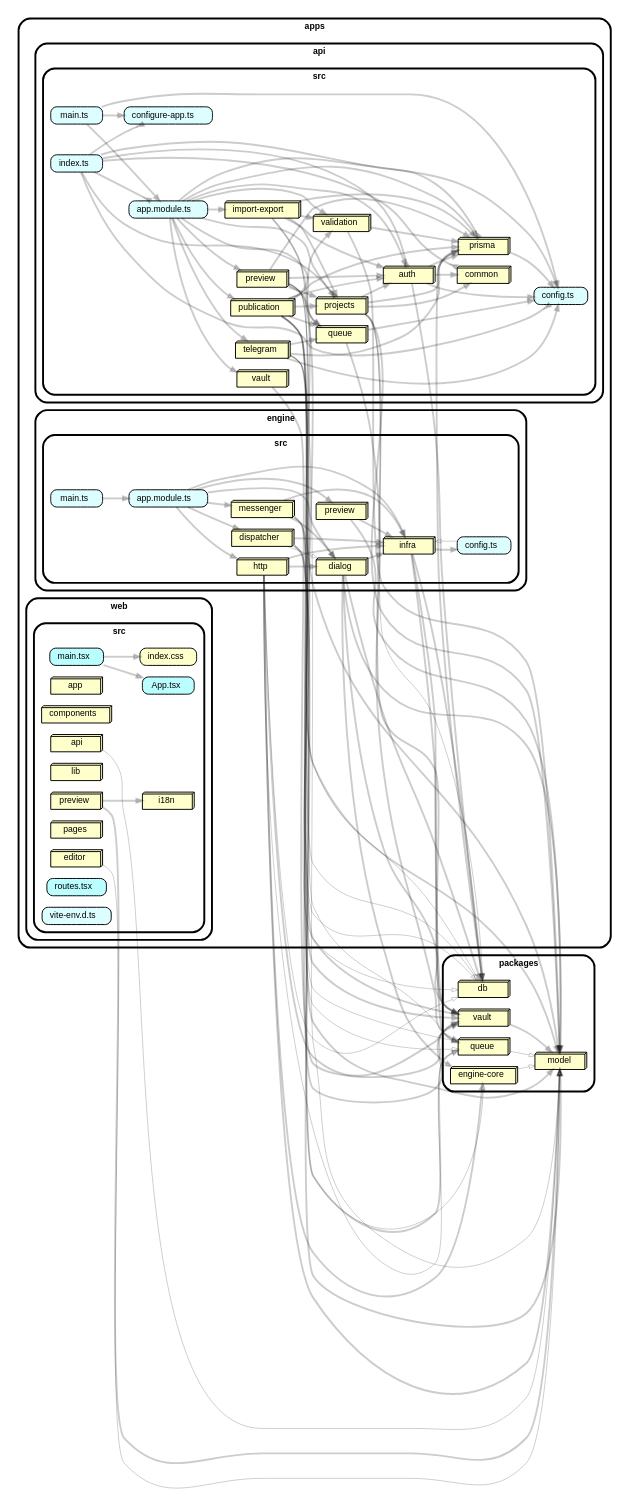
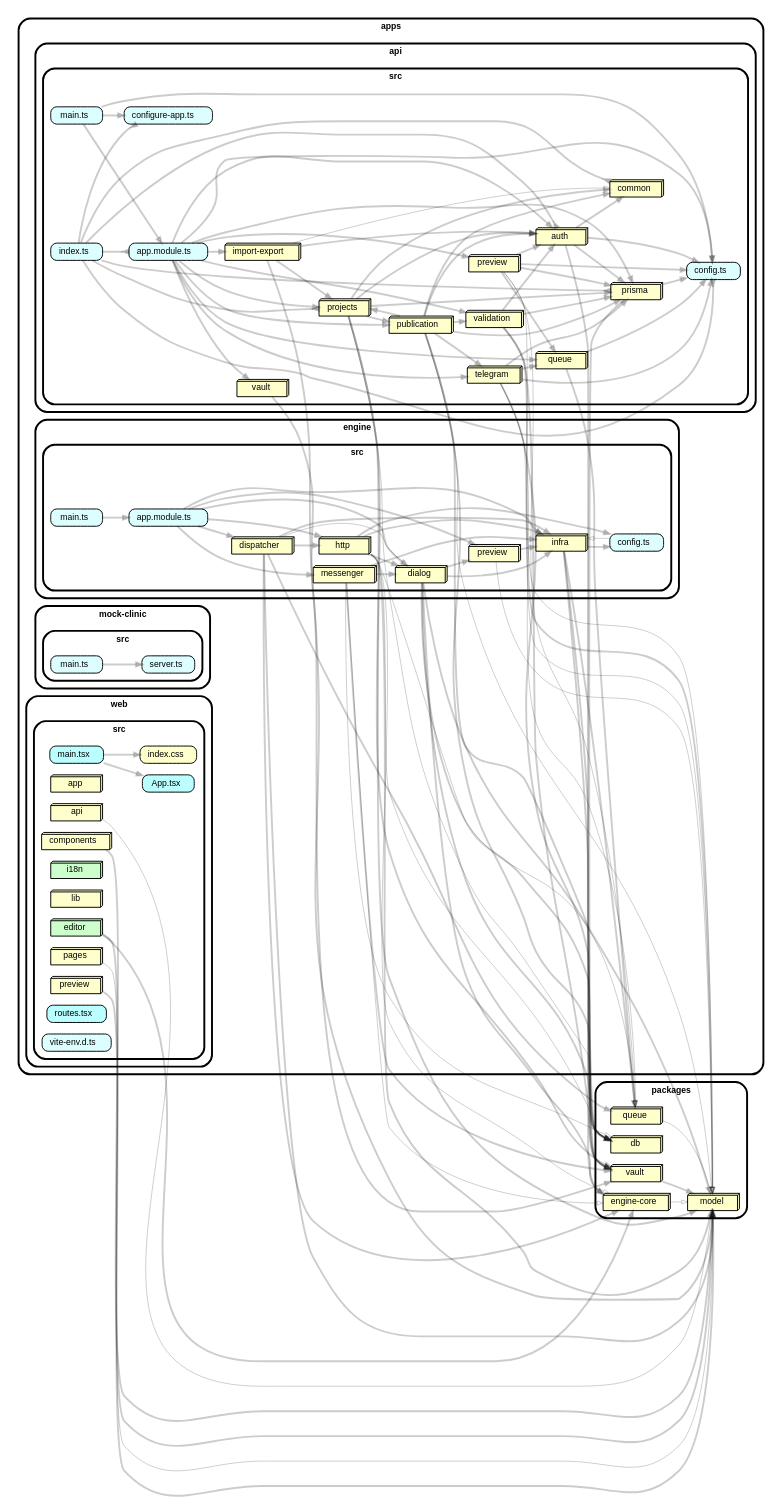
One commit to Denmurzik/chatbot-builder changed the diagram in docs/architecture/modules.dot. Above: the diagram before and after it, drawn with Graphviz. The commit also changed 3 other files, not shown here.

```diff
--- a/docs/architecture/modules.dot
+++ b/docs/architecture/modules.dot
@@ -26,9 +26,7 @@
     subgraph "cluster_apps" {label="apps" subgraph "cluster_apps/api" {label="api" subgraph "cluster_apps/api/src" {label="src" "apps/api/src/import-export" [label=<import-export> tooltip="import-export" URL="apps/api/src/import-export" shape="box3d"] } } }
     "apps/api/src/import-export" -> "apps/api/src/auth"
     "apps/api/src/import-export" -> "apps/api/src/projects"
-    "apps/api/src/import-export" -> "apps/api/src/validation"
-    "apps/api/src/import-export" -> "apps/api/src/prisma"
-    "apps/api/src/import-export" -> "packages/db" [arrowhead="onormal" penwidth="1.0"]
+    "apps/api/src/import-export" -> "apps/api/src/common" [arrowhead="onormal" penwidth="1.0"]
     "apps/api/src/import-export" -> "packages/model"
     subgraph "cluster_apps" {label="apps" subgraph "cluster_apps/api" {label="api" subgraph "cluster_apps/api/src" {label="src" "apps/api/src/index.ts" [label=<index.ts> tooltip="index.ts" URL="apps/api/src/index.ts" fillcolor="#ddfeff"] } } }
     "apps/api/src/index.ts" -> "apps/api/src/app.module.ts" [arrowhead="inv"]
@@ -44,32 +42,32 @@
     "apps/api/src/main.ts" -> "apps/api/src/configure-app.ts"
     subgraph "cluster_apps" {label="apps" subgraph "cluster_apps/api" {label="api" subgraph "cluster_apps/api/src" {label="src" "apps/api/src/preview" [label=<preview> tooltip="preview" URL="apps/api/src/preview" shape="box3d"] } } }
     "apps/api/src/preview" -> "apps/api/src/auth"
-    "apps/api/src/preview" -> "apps/api/src/projects"
+    "apps/api/src/preview" -> "packages/model" [arrowhead="onormal" penwidth="1.0"]
+    "apps/api/src/preview" -> "apps/api/src/config.ts"
     "apps/api/src/preview" -> "apps/api/src/prisma"
     "apps/api/src/preview" -> "apps/api/src/queue"
-    "apps/api/src/preview" -> "packages/db" [arrowhead="onormal" penwidth="1.0"]
-    "apps/api/src/preview" -> "packages/model"
     "apps/api/src/preview" -> "packages/queue" [arrowhead="onormal" penwidth="1.0"]
     subgraph "cluster_apps" {label="apps" subgraph "cluster_apps/api" {label="api" subgraph "cluster_apps/api/src" {label="src" "apps/api/src/prisma" [label=<prisma> tooltip="prisma" URL="apps/api/src/prisma" shape="box3d"] } } }
     "apps/api/src/prisma" -> "apps/api/src/config.ts"
     "apps/api/src/prisma" -> "packages/db"
     subgraph "cluster_apps" {label="apps" subgraph "cluster_apps/api" {label="api" subgraph "cluster_apps/api/src" {label="src" "apps/api/src/projects" [label=<projects> tooltip="projects" URL="apps/api/src/projects" shape="box3d"] } } }
     "apps/api/src/projects" -> "apps/api/src/auth"
+    "apps/api/src/projects" -> "apps/api/src/publication"
     "apps/api/src/projects" -> "apps/api/src/common"
     "apps/api/src/projects" -> "packages/model"
     "apps/api/src/projects" -> "apps/api/src/prisma"
     "apps/api/src/projects" -> "packages/db" [arrowhead="onormal" penwidth="1.0"]
     "apps/api/src/projects" -> "packages/vault"
     subgraph "cluster_apps" {label="apps" subgraph "cluster_apps/api" {label="api" subgraph "cluster_apps/api/src" {label="src" "apps/api/src/publication" [label=<publication> tooltip="publication" URL="apps/api/src/publication" shape="box3d"] } } }
+    "apps/api/src/publication" -> "packages/model" [arrowhead="onormal" penwidth="1.0"]
+    "apps/api/src/publication" -> "packages/vault"
     "apps/api/src/publication" -> "apps/api/src/auth"
     "apps/api/src/publication" -> "apps/api/src/projects"
+    "apps/api/src/publication" -> "apps/api/src/telegram"
     "apps/api/src/publication" -> "apps/api/src/validation"
     "apps/api/src/publication" -> "apps/api/src/prisma"
-    "apps/api/src/publication" -> "apps/api/src/queue"
-    "apps/api/src/publication" -> "packages/db" [arrowhead="onormal" penwidth="1.0"]
-    "apps/api/src/publication" -> "packages/model"
-    "apps/api/src/publication" -> "packages/queue" [arrowhead="onormal" penwidth="1.0"]
-    "apps/api/src/publication" -> "packages/vault"
+    "apps/api/src/publication" -> "packages/db"
+    "apps/api/src/publication" -> "apps/api/src/common"
     subgraph "cluster_apps" {label="apps" subgraph "cluster_apps/api" {label="api" subgraph "cluster_apps/api/src" {label="src" "apps/api/src/queue" [label=<queue> tooltip="queue" URL="apps/api/src/queue" shape="box3d"] } } }
     "apps/api/src/queue" -> "apps/api/src/config.ts"
     "apps/api/src/queue" -> "packages/queue"
@@ -77,11 +75,13 @@
     "apps/api/src/telegram" -> "apps/api/src/prisma"
     "apps/api/src/telegram" -> "apps/api/src/queue"
     "apps/api/src/telegram" -> "packages/queue" [arrowhead="onormal" penwidth="1.0"]
+    "apps/api/src/telegram" -> "packages/vault"
+    "apps/api/src/telegram" -> "apps/api/src/config.ts"
     "apps/api/src/telegram" -> "packages/model" [arrowhead="onormal" penwidth="1.0"]
-    "apps/api/src/telegram" -> "apps/api/src/config.ts"
-    "apps/api/src/telegram" -> "packages/vault"
     subgraph "cluster_apps" {label="apps" subgraph "cluster_apps/api" {label="api" subgraph "cluster_apps/api/src" {label="src" "apps/api/src/validation" [label=<validation> tooltip="validation" URL="apps/api/src/validation" shape="box3d"] } } }
+    "apps/api/src/validation" -> "apps/api/src/auth"
     "apps/api/src/validation" -> "apps/api/src/prisma"
+    "apps/api/src/validation" -> "packages/engine-core"
     "apps/api/src/validation" -> "packages/model"
     subgraph "cluster_apps" {label="apps" subgraph "cluster_apps/api" {label="api" subgraph "cluster_apps/api/src" {label="src" "apps/api/src/vault" [label=<vault> tooltip="vault" URL="apps/api/src/vault" shape="box3d"] } } }
     "apps/api/src/vault" -> "packages/vault"
@@ -98,21 +98,24 @@
     "apps/engine/src/dialog" -> "packages/engine-core"
     "apps/engine/src/dialog" -> "packages/db"
     "apps/engine/src/dialog" -> "apps/engine/src/infra"
+    "apps/engine/src/dialog" -> "apps/engine/src/preview"
     "apps/engine/src/dialog" -> "packages/model"
     "apps/engine/src/dialog" -> "packages/vault"
     subgraph "cluster_apps" {label="apps" subgraph "cluster_apps/engine" {label="engine" subgraph "cluster_apps/engine/src" {label="src" "apps/engine/src/dispatcher" [label=<dispatcher> tooltip="dispatcher" URL="apps/engine/src/dispatcher" shape="box3d"] } } }
+    "apps/engine/src/dispatcher" -> "apps/engine/src/http"
     "apps/engine/src/dispatcher" -> "apps/engine/src/dialog" [arrowhead="onormal" penwidth="1.0"]
     "apps/engine/src/dispatcher" -> "apps/engine/src/infra"
+    "apps/engine/src/dispatcher" -> "packages/engine-core"
     "apps/engine/src/dispatcher" -> "packages/model"
     "apps/engine/src/dispatcher" -> "packages/queue"
     subgraph "cluster_apps" {label="apps" subgraph "cluster_apps/engine" {label="engine" subgraph "cluster_apps/engine/src" {label="src" "apps/engine/src/http" [label=<http> tooltip="http" URL="apps/engine/src/http" shape="box3d"] } } }
+    "apps/engine/src/http" -> "apps/engine/src/config.ts"
     "apps/engine/src/http" -> "apps/engine/src/dialog"
     "apps/engine/src/http" -> "apps/engine/src/infra"
     "apps/engine/src/http" -> "packages/db" [arrowhead="onormal" penwidth="1.0"]
     "apps/engine/src/http" -> "packages/queue" [arrowhead="onormal" penwidth="1.0"]
     "apps/engine/src/http" -> "packages/model"
-    "apps/engine/src/http" -> "packages/engine-core"
-    "apps/engine/src/http" -> "packages/vault"
+    "apps/engine/src/http" -> "packages/engine-core" [arrowhead="onormal" penwidth="1.0"]
     subgraph "cluster_apps" {label="apps" subgraph "cluster_apps/engine" {label="engine" subgraph "cluster_apps/engine/src" {label="src" "apps/engine/src/infra" [label=<infra> tooltip="infra" URL="apps/engine/src/infra" shape="box3d"] } } }
     "apps/engine/src/infra" -> "apps/engine/src/config.ts"
     "apps/engine/src/infra" -> "packages/db"
@@ -128,23 +131,28 @@
     "apps/engine/src/messenger" -> "packages/vault"
     subgraph "cluster_apps" {label="apps" subgraph "cluster_apps/engine" {label="engine" subgraph "cluster_apps/engine/src" {label="src" "apps/engine/src/preview" [label=<preview> tooltip="preview" URL="apps/engine/src/preview" shape="box3d"] } } }
     "apps/engine/src/preview" -> "apps/engine/src/infra"
-    "apps/engine/src/preview" -> "packages/model"
+    "apps/engine/src/preview" -> "packages/model" [arrowhead="onormal" penwidth="1.0"]
+    subgraph "cluster_apps" {label="apps" subgraph "cluster_apps/mock-clinic" {label="mock-clinic" subgraph "cluster_apps/mock-clinic/src" {label="src" "apps/mock-clinic/src/main.ts" [label=<main.ts> tooltip="main.ts" URL="apps/mock-clinic/src/main.ts" fillcolor="#ddfeff"] } } }
+    "apps/mock-clinic/src/main.ts" -> "apps/mock-clinic/src/server.ts"
+    subgraph "cluster_apps" {label="apps" subgraph "cluster_apps/mock-clinic" {label="mock-clinic" subgraph "cluster_apps/mock-clinic/src" {label="src" "apps/mock-clinic/src/server.ts" [label=<server.ts> tooltip="server.ts" URL="apps/mock-clinic/src/server.ts" fillcolor="#ddfeff"] } } }
     subgraph "cluster_apps" {label="apps" subgraph "cluster_apps/web" {label="web" subgraph "cluster_apps/web/src" {label="src" "apps/web/src/App.tsx" [label=<App.tsx> tooltip="App.tsx" URL="apps/web/src/App.tsx" fillcolor="#bbfeff"] } } }
     subgraph "cluster_apps" {label="apps" subgraph "cluster_apps/web" {label="web" subgraph "cluster_apps/web/src" {label="src" "apps/web/src/api" [label=<api> tooltip="api" URL="apps/web/src/api" shape="box3d"] } } }
     "apps/web/src/api" -> "packages/model" [arrowhead="onormal" penwidth="1.0"]
     subgraph "cluster_apps" {label="apps" subgraph "cluster_apps/web" {label="web" subgraph "cluster_apps/web/src" {label="src" "apps/web/src/app" [label=<app> tooltip="app" URL="apps/web/src/app" shape="box3d"] } } }
     subgraph "cluster_apps" {label="apps" subgraph "cluster_apps/web" {label="web" subgraph "cluster_apps/web/src" {label="src" "apps/web/src/components" [label=<components> tooltip="components" URL="apps/web/src/components" shape="box3d"] } } }
-    subgraph "cluster_apps" {label="apps" subgraph "cluster_apps/web" {label="web" subgraph "cluster_apps/web/src" {label="src" "apps/web/src/editor" [label=<editor> tooltip="editor" URL="apps/web/src/editor" shape="box3d"] } } }
-    "apps/web/src/editor" -> "packages/model" [arrowhead="onormal" penwidth="1.0"]
-    subgraph "cluster_apps" {label="apps" subgraph "cluster_apps/web" {label="web" subgraph "cluster_apps/web/src" {label="src" "apps/web/src/i18n" [label=<i18n> tooltip="i18n" URL="apps/web/src/i18n" shape="box3d"] } } }
+    "apps/web/src/components" -> "packages/model"
+    subgraph "cluster_apps" {label="apps" subgraph "cluster_apps/web" {label="web" subgraph "cluster_apps/web/src" {label="src" "apps/web/src/editor" [label=<editor> tooltip="editor" URL="apps/web/src/editor" fillcolor="#ccffcc" shape="box3d"] } } }
+    "apps/web/src/editor" -> "packages/model"
+    "apps/web/src/editor" -> "packages/engine-core"
+    subgraph "cluster_apps" {label="apps" subgraph "cluster_apps/web" {label="web" subgraph "cluster_apps/web/src" {label="src" "apps/web/src/i18n" [label=<i18n> tooltip="i18n" URL="apps/web/src/i18n" fillcolor="#ccffcc" shape="box3d"] } } }
     subgraph "cluster_apps" {label="apps" subgraph "cluster_apps/web" {label="web" subgraph "cluster_apps/web/src" {label="src" "apps/web/src/index.css" [label=<index.css> tooltip="index.css" URL="apps/web/src/index.css" ] } } }
     subgraph "cluster_apps" {label="apps" subgraph "cluster_apps/web" {label="web" subgraph "cluster_apps/web/src" {label="src" "apps/web/src/lib" [label=<lib> tooltip="lib" URL="apps/web/src/lib" shape="box3d"] } } }
     subgraph "cluster_apps" {label="apps" subgraph "cluster_apps/web" {label="web" subgraph "cluster_apps/web/src" {label="src" "apps/web/src/main.tsx" [label=<main.tsx> tooltip="main.tsx" URL="apps/web/src/main.tsx" fillcolor="#bbfeff"] } } }
     "apps/web/src/main.tsx" -> "apps/web/src/App.tsx"
     "apps/web/src/main.tsx" -> "apps/web/src/index.css"
     subgraph "cluster_apps" {label="apps" subgraph "cluster_apps/web" {label="web" subgraph "cluster_apps/web/src" {label="src" "apps/web/src/pages" [label=<pages> tooltip="pages" URL="apps/web/src/pages" shape="box3d"] } } }
+    "apps/web/src/pages" -> "packages/model" [arrowhead="onormal" penwidth="1.0"]
     subgraph "cluster_apps" {label="apps" subgraph "cluster_apps/web" {label="web" subgraph "cluster_apps/web/src" {label="src" "apps/web/src/preview" [label=<preview> tooltip="preview" URL="apps/web/src/preview" shape="box3d"] } } }
-    "apps/web/src/preview" -> "apps/web/src/i18n"
     "apps/web/src/preview" -> "packages/model"
     subgraph "cluster_apps" {label="apps" subgraph "cluster_apps/web" {label="web" subgraph "cluster_apps/web/src" {label="src" "apps/web/src/routes.tsx" [label=<routes.tsx> tooltip="routes.tsx" URL="apps/web/src/routes.tsx" fillcolor="#bbfeff"] } } }
     subgraph "cluster_apps" {label="apps" subgraph "cluster_apps/web" {label="web" subgraph "cluster_apps/web/src" {label="src" "apps/web/src/vite-env.d.ts" [label=<vite-env.d.ts> tooltip="vite-env.d.ts" URL="apps/web/src/vite-env.d.ts" fillcolor="#ddfeff"] } } }
```
